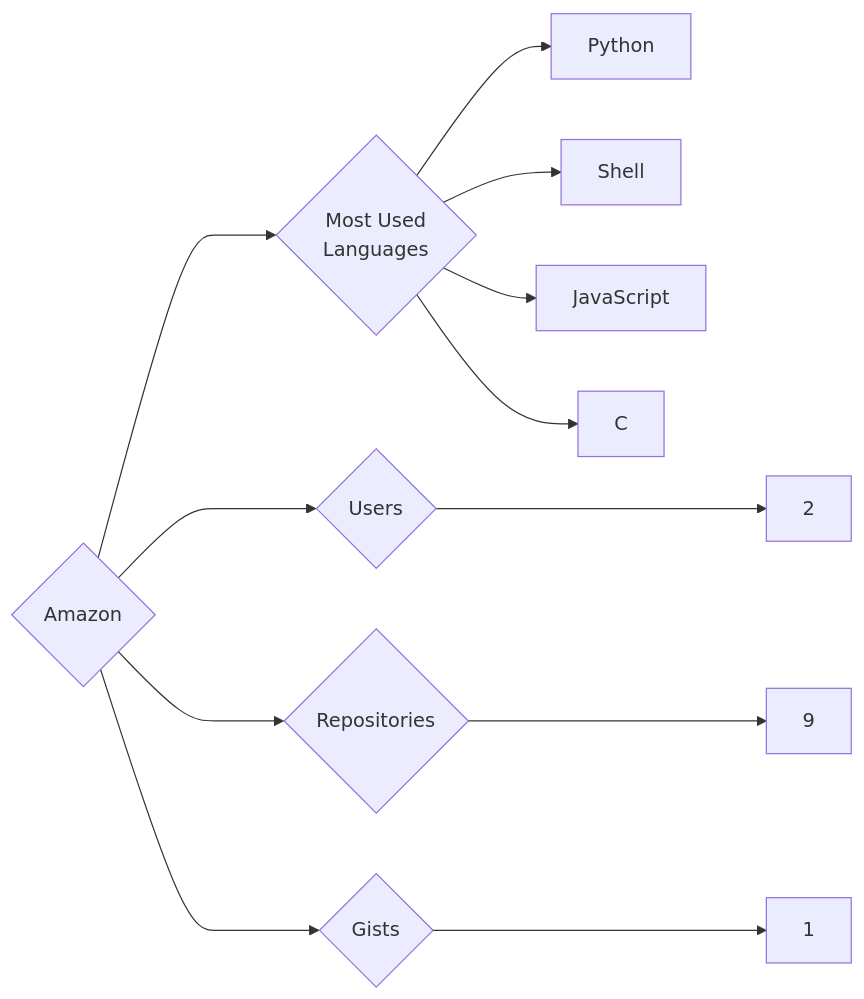
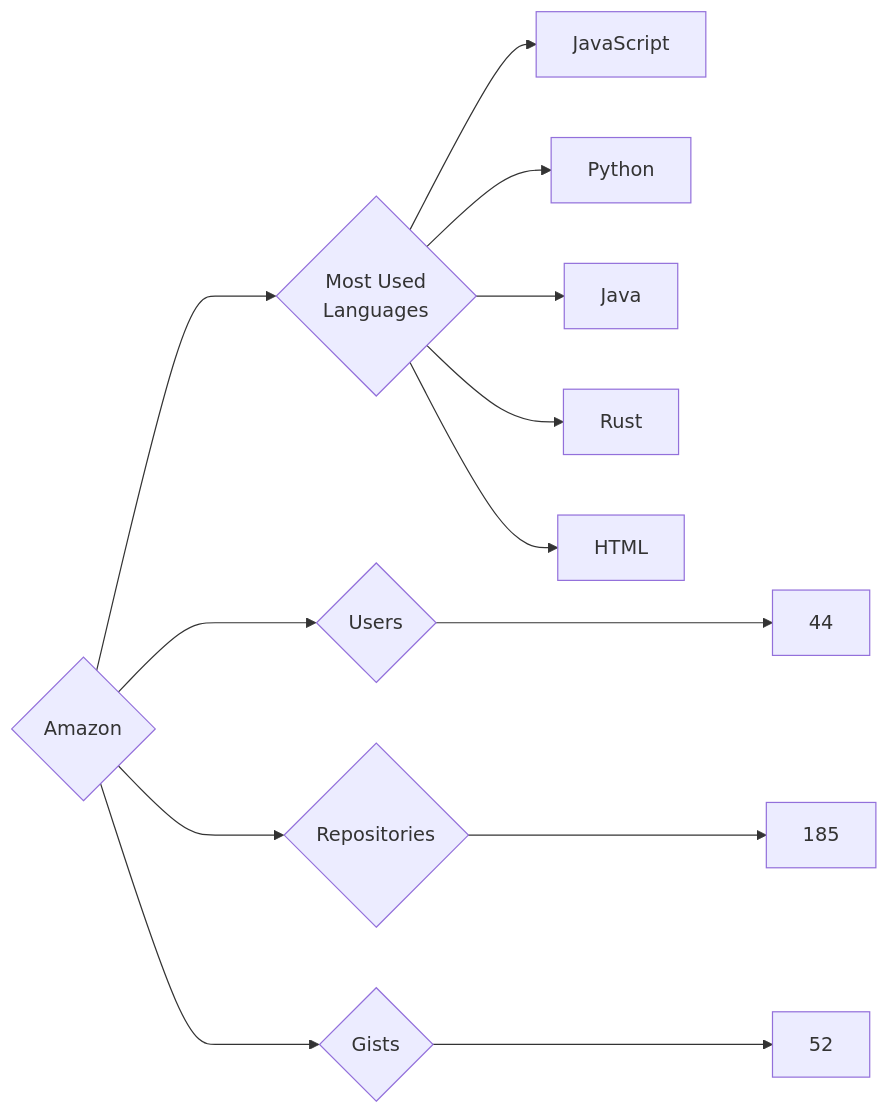
One commit to trickest/insiders changed the diagram in targets/Amazon/README.md. Above: the diagram before and after it, drawn with Mermaid. The commit also changed 622 other files, not shown here.

````diff
--- a/targets/Amazon/README.md
+++ b/targets/Amazon/README.md
@@ -3,12 +3,13 @@
 ```mermaid
 graph LR
 COMPANY_NAME{Amazon}
-COMPANY_NAME ---> U{Users} ---> UN[2]
-COMPANY_NAME ---> R{Repositories} ---> RN[9]
-COMPANY_NAME ---> G{Gists} ---> GN[1]
+COMPANY_NAME ---> U{Users} ---> UN[44]
+COMPANY_NAME ---> R{Repositories} ---> RN[185]
+COMPANY_NAME ---> G{Gists} ---> GN[52]
 COMPANY_NAME ---> ML{Most Used<br>Languages}
+ML --> JavaScript[JavaScript]
 ML --> Python[Python]
-ML --> Shell[Shell]
-ML --> JavaScript[JavaScript]
-ML --> C[C]
+ML --> Java[Java]
+ML --> Rust[Rust]
+ML --> HTML[HTML]
 ```
````
